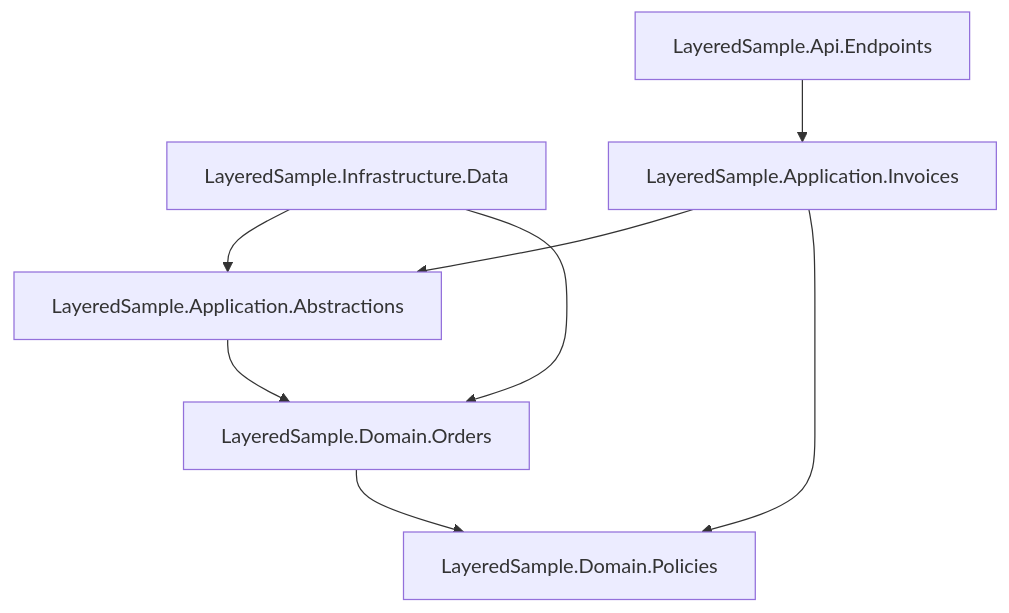
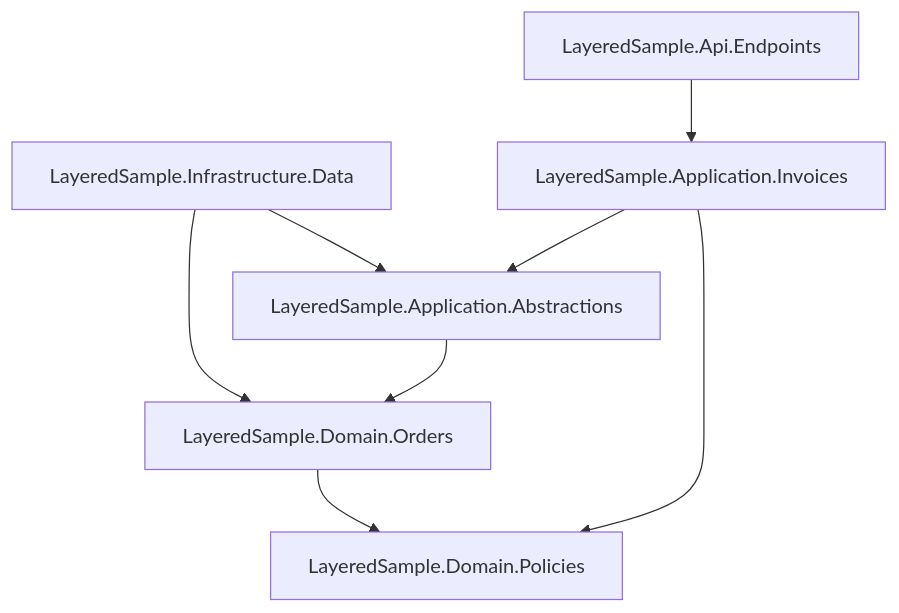
One commit to andrii2g/dotnet-solution-dependency-explorer changed the diagram in docs/examples/LayeredSample/graph-namespaces.mmd. Above: the diagram before and after it, drawn with Mermaid. The commit also changed 3 other files, not shown here.

```diff
--- a/docs/examples/LayeredSample/graph-namespaces.mmd
+++ b/docs/examples/LayeredSample/graph-namespaces.mmd
@@ -1,14 +1,14 @@
 graph TD
-    b003d2b1_223c_4979_9b30_88a9628e4f62__LayeredSample_Infrastructure_Data[LayeredSample.Infrastructure.Data]
-    b8911d71_a4f9_4d05_a8cb_0fe0235ebbe3__LayeredSample_Api_Endpoints[LayeredSample.Api.Endpoints]
-    c48bd50a_18fc_4f77_b41f_bc87c35fe9da__LayeredSample_Application_Abstractions[LayeredSample.Application.Abstractions]
-    c48bd50a_18fc_4f77_b41f_bc87c35fe9da__LayeredSample_Application_Invoices[LayeredSample.Application.Invoices]
-    e5bd3090_c7f1_4dc6_859e_5a9c0a24b614__LayeredSample_Domain_Orders[LayeredSample.Domain.Orders]
-    e5bd3090_c7f1_4dc6_859e_5a9c0a24b614__LayeredSample_Domain_Policies[LayeredSample.Domain.Policies]
-    b003d2b1_223c_4979_9b30_88a9628e4f62__LayeredSample_Infrastructure_Data --> c48bd50a_18fc_4f77_b41f_bc87c35fe9da__LayeredSample_Application_Abstractions
-    b003d2b1_223c_4979_9b30_88a9628e4f62__LayeredSample_Infrastructure_Data --> e5bd3090_c7f1_4dc6_859e_5a9c0a24b614__LayeredSample_Domain_Orders
-    b8911d71_a4f9_4d05_a8cb_0fe0235ebbe3__LayeredSample_Api_Endpoints --> c48bd50a_18fc_4f77_b41f_bc87c35fe9da__LayeredSample_Application_Invoices
-    c48bd50a_18fc_4f77_b41f_bc87c35fe9da__LayeredSample_Application_Abstractions --> e5bd3090_c7f1_4dc6_859e_5a9c0a24b614__LayeredSample_Domain_Orders
-    c48bd50a_18fc_4f77_b41f_bc87c35fe9da__LayeredSample_Application_Invoices --> c48bd50a_18fc_4f77_b41f_bc87c35fe9da__LayeredSample_Application_Abstractions
-    c48bd50a_18fc_4f77_b41f_bc87c35fe9da__LayeredSample_Application_Invoices --> e5bd3090_c7f1_4dc6_859e_5a9c0a24b614__LayeredSample_Domain_Policies
-    e5bd3090_c7f1_4dc6_859e_5a9c0a24b614__LayeredSample_Domain_Orders --> e5bd3090_c7f1_4dc6_859e_5a9c0a24b614__LayeredSample_Domain_Policies
+    project__LayeredSample_Domain__namespace__LayeredSample_Domain_Orders[LayeredSample.Domain.Orders]
+    project__LayeredSample_Domain__namespace__LayeredSample_Domain_Policies[LayeredSample.Domain.Policies]
+    project__LayeredSample_Infrastructure__namespace__LayeredSample_Infrastructure_Data[LayeredSample.Infrastructure.Data]
+    project__LayeredSample_Api__namespace__LayeredSample_Api_Endpoints[LayeredSample.Api.Endpoints]
+    project__LayeredSample_Application__namespace__LayeredSample_Application_Abstractions[LayeredSample.Application.Abstractions]
+    project__LayeredSample_Application__namespace__LayeredSample_Application_Invoices[LayeredSample.Application.Invoices]
+    project__LayeredSample_Domain__namespace__LayeredSample_Domain_Orders --> project__LayeredSample_Domain__namespace__LayeredSample_Domain_Policies
+    project__LayeredSample_Infrastructure__namespace__LayeredSample_Infrastructure_Data --> project__LayeredSample_Domain__namespace__LayeredSample_Domain_Orders
+    project__LayeredSample_Infrastructure__namespace__LayeredSample_Infrastructure_Data --> project__LayeredSample_Application__namespace__LayeredSample_Application_Abstractions
+    project__LayeredSample_Api__namespace__LayeredSample_Api_Endpoints --> project__LayeredSample_Application__namespace__LayeredSample_Application_Invoices
+    project__LayeredSample_Application__namespace__LayeredSample_Application_Abstractions --> project__LayeredSample_Domain__namespace__LayeredSample_Domain_Orders
+    project__LayeredSample_Application__namespace__LayeredSample_Application_Invoices --> project__LayeredSample_Domain__namespace__LayeredSample_Domain_Policies
+    project__LayeredSample_Application__namespace__LayeredSample_Application_Invoices --> project__LayeredSample_Application__namespace__LayeredSample_Application_Abstractions
```
